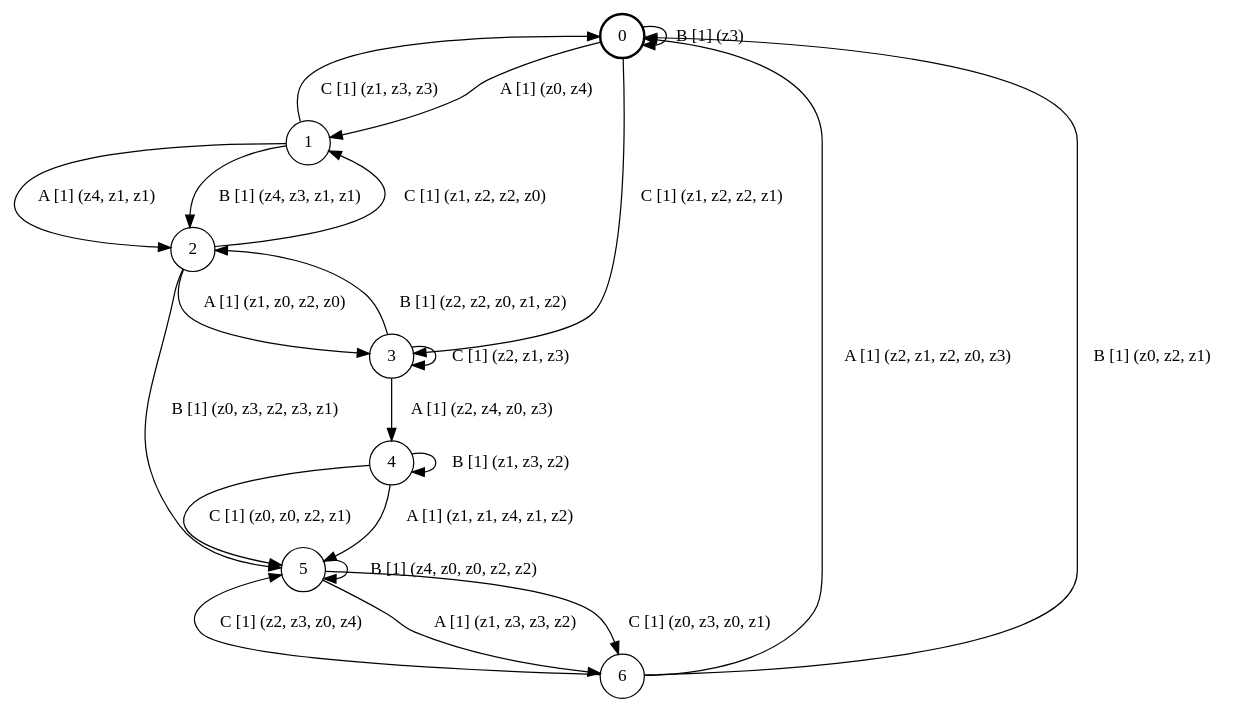
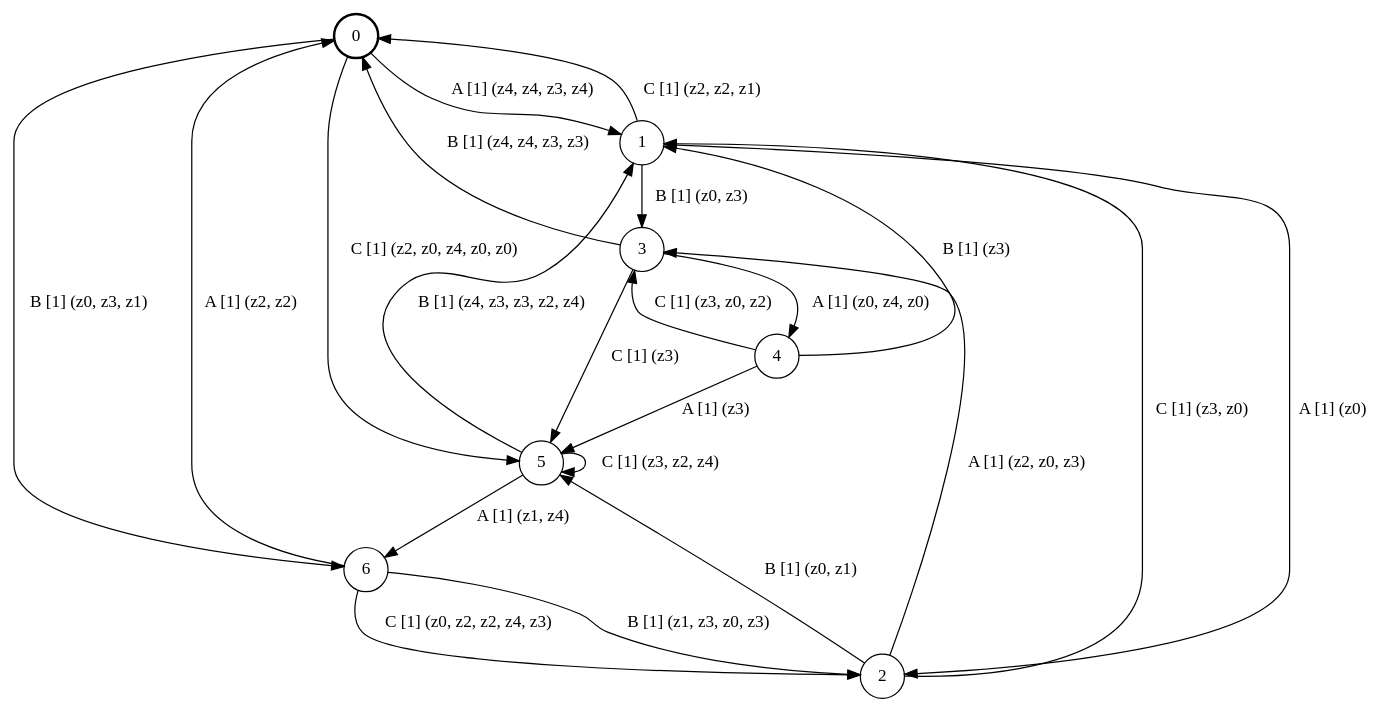
The diagram in qbf/testing/fsm_7s3e5a.dot (ulyantsev/EFSM-tools), drawn with Graphviz before and after one commit. The commit also changed 5228 other files, not shown here.

```diff
--- a/qbf/testing/fsm_7s3e5a.dot
+++ b/qbf/testing/fsm_7s3e5a.dot
@@ -1,27 +1,27 @@
 # generated file, don't try to modify
 # command: dot -Tpng <filename> > tree.png
 digraph Automaton {
     node [shape = circle];
     0 [style = "bold"];
-    0 -> 1 [label = "A [1] (z0, z4) "];
-    0 -> 0 [label = "B [1] (z3) "];
-    0 -> 3 [label = "C [1] (z1, z2, z2, z1) "];
-    1 -> 2 [label = "A [1] (z4, z1, z1) "];
-    1 -> 2 [label = "B [1] (z4, z3, z1, z1) "];
-    1 -> 0 [label = "C [1] (z1, z3, z3) "];
-    2 -> 3 [label = "A [1] (z1, z0, z2, z0) "];
-    2 -> 5 [label = "B [1] (z0, z3, z2, z3, z1) "];
-    2 -> 1 [label = "C [1] (z1, z2, z2, z0) "];
-    3 -> 4 [label = "A [1] (z2, z4, z0, z3) "];
-    3 -> 2 [label = "B [1] (z2, z2, z0, z1, z2) "];
-    3 -> 3 [label = "C [1] (z2, z1, z3) "];
-    4 -> 5 [label = "A [1] (z1, z1, z4, z1, z2) "];
-    4 -> 4 [label = "B [1] (z1, z3, z2) "];
-    4 -> 5 [label = "C [1] (z0, z0, z2, z1) "];
-    5 -> 6 [label = "A [1] (z1, z3, z3, z2) "];
-    5 -> 5 [label = "B [1] (z4, z0, z0, z2, z2) "];
-    5 -> 6 [label = "C [1] (z0, z3, z0, z1) "];
-    6 -> 0 [label = "A [1] (z2, z1, z2, z0, z3) "];
-    6 -> 0 [label = "B [1] (z0, z2, z1) "];
-    6 -> 5 [label = "C [1] (z2, z3, z0, z4) "];
+    0 -> 1 [label = "A [1] (z4, z4, z3, z4) "];
+    0 -> 6 [label = "B [1] (z0, z3, z1) "];
+    0 -> 5 [label = "C [1] (z2, z0, z4, z0, z0) "];
+    1 -> 2 [label = "A [1] (z0) "];
+    1 -> 3 [label = "B [1] (z0, z3) "];
+    1 -> 0 [label = "C [1] (z2, z2, z1) "];
+    2 -> 3 [label = "A [1] (z2, z0, z3) "];
+    2 -> 5 [label = "B [1] (z0, z1) "];
+    2 -> 1 [label = "C [1] (z3, z0) "];
+    3 -> 4 [label = "A [1] (z0, z4, z0) "];
+    3 -> 0 [label = "B [1] (z4, z4, z3, z3) "];
+    3 -> 5 [label = "C [1] (z3) "];
+    4 -> 5 [label = "A [1] (z3) "];
+    4 -> 1 [label = "B [1] (z3) "];
+    4 -> 3 [label = "C [1] (z3, z0, z2) "];
+    5 -> 6 [label = "A [1] (z1, z4) "];
+    5 -> 1 [label = "B [1] (z4, z3, z3, z2, z4) "];
+    5 -> 5 [label = "C [1] (z3, z2, z4) "];
+    6 -> 0 [label = "A [1] (z2, z2) "];
+    6 -> 2 [label = "B [1] (z1, z3, z0, z3) "];
+    6 -> 2 [label = "C [1] (z0, z2, z2, z4, z3) "];
 }
```
